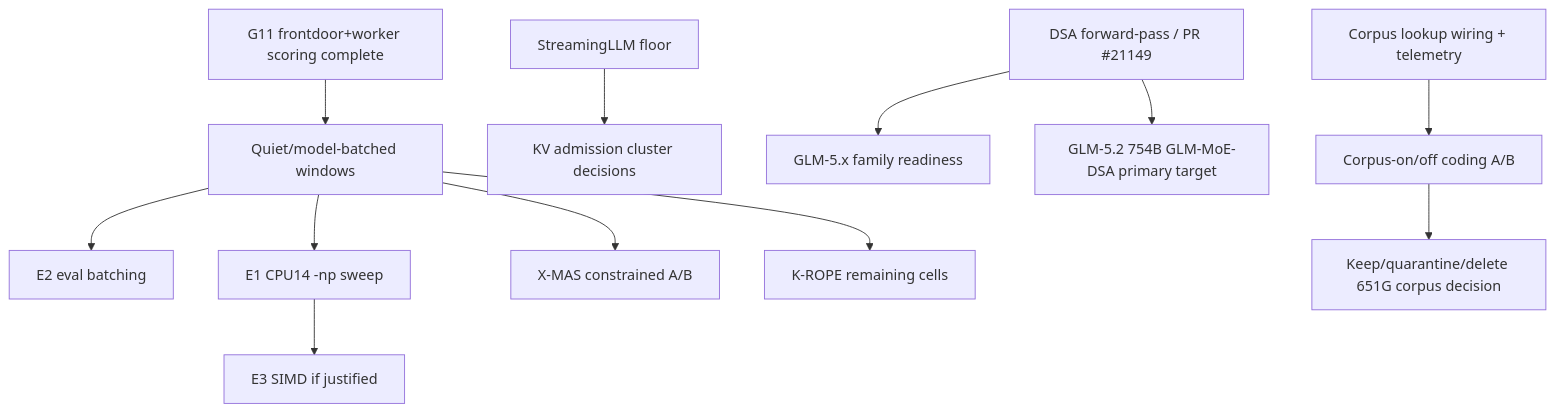
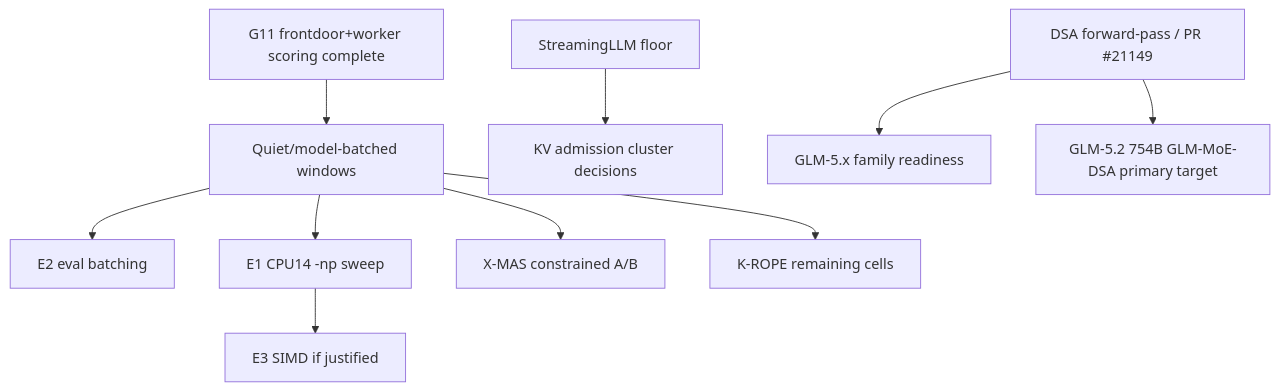
The diagram in handoffs/active/inference-acceleration-index.md (pestopoppa/epyc-root), drawn with Mermaid before and after one commit. The commit also changed other lines of this file and 3 other files, not shown here.

Commit message:
Close corpus lookup handoff after reclaim

````diff
--- a/handoffs/active/inference-acceleration-index.md
+++ b/handoffs/active/inference-acceleration-index.md
@@ -63,14 +67,12 @@
 ```mermaid
 flowchart TD
     G11[G11 frontdoor+worker scoring complete] --> Quiet[Quiet/model-batched windows]
     Quiet --> E2[E2 eval batching]
     Quiet --> E1[E1 CPU14 -np sweep]
     E1 --> E3[E3 SIMD if justified]
     Quiet --> Xmas[X-MAS constrained A/B]
     Quiet --> KROPE[K-ROPE remaining cells]
     Streaming[StreamingLLM floor] --> KVCluster[KV admission cluster decisions]
     DSAfwd[DSA forward-pass / PR #21149] --> GLM[GLM-5.x family readiness]
     DSAfwd --> GLM52[GLM-5.2 754B GLM-MoE-DSA primary target]
-    CPL1[Corpus lookup wiring + telemetry] --> CPL4[Corpus-on/off coding A/B]
-    CPL4 --> CPL5[Keep/quarantine/delete 651G corpus decision]
 ```
````
